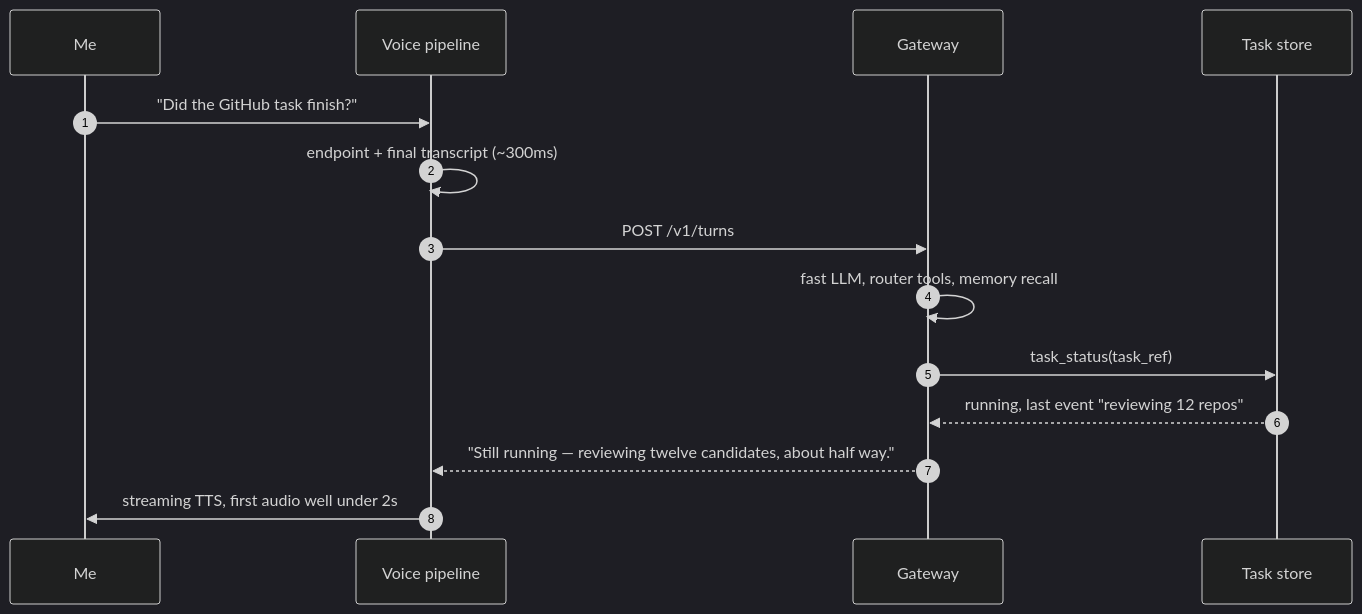
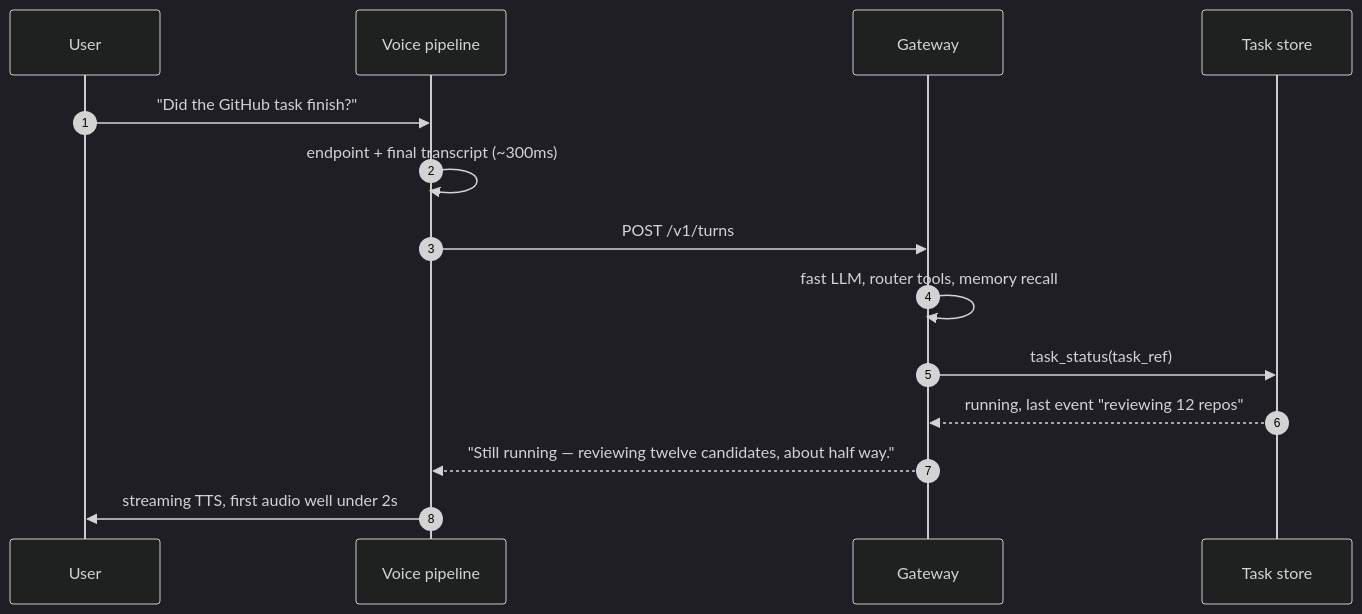
Before and after one commit to ahfoysal/attache: the second of 3 diagrams in docs/system-design.md, drawn with Mermaid (dark theme). The commit also changed other lines of this file and 14 other files, not shown here.

````diff
--- a/docs/system-design.md
+++ b/docs/system-design.md
@@ -84,16 +84,16 @@
 ```mermaid
 sequenceDiagram
   autonumber
-  participant U as Me
+  participant U as User
   participant V as Voice pipeline
   participant G as Gateway
   participant T as Task store
   U->>V: "Did the GitHub task finish?"
   V->>V: endpoint + final transcript (~300ms)
   V->>G: POST /v1/turns
   G->>G: fast LLM, router tools, memory recall
   G->>T: task_status(task_ref)
   T-->>G: running, last event "reviewing 12 repos"
   G-->>V: "Still running — reviewing twelve candidates, about half way."
   V->>U: streaming TTS, first audio well under 2s
 ```
````
